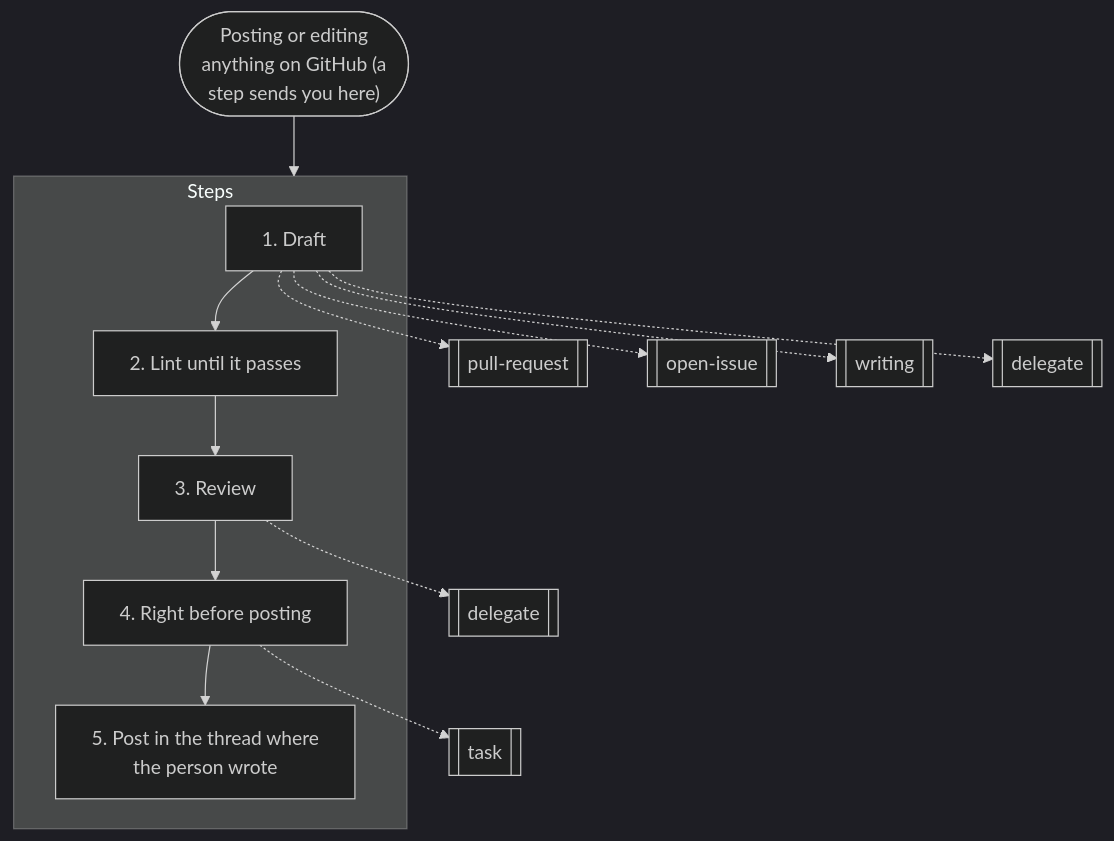
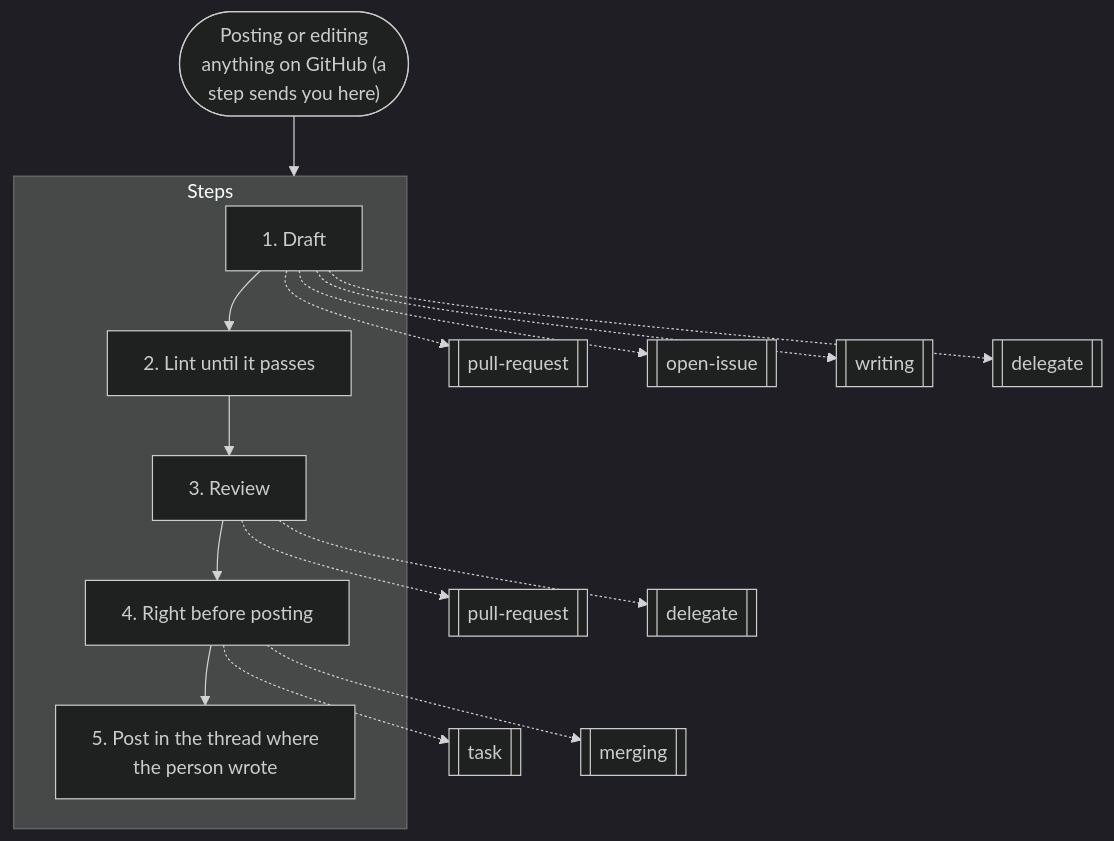
One commit to nitedani-agent/mergeworthy changed the tenth of 19 diagrams in docs/graphs.md. Above: the diagram before and after it, drawn with Mermaid (dark theme). The commit also changed other lines of this file and 22 other files, not shown here.

````diff
--- a/docs/graphs.md
+++ b/docs/graphs.md
@@ -261,22 +262,24 @@
 ```mermaid
 flowchart TB
   start(["Posting or editing<br/>anything on GitHub (a<br/>step sends you here)"])
   subgraph g0["Steps"]
     s0["1. Draft"]
     s1["2. Lint until it passes"]
     s0 --> s1
     s2["3. Review"]
     s1 --> s2
     s3["4. Right before posting"]
     s2 --> s3
     s4["5. Post in the thread where<br/>the person wrote"]
     s3 --> s4
   end
   s0 -.-> r1[["pull-request"]]
   s0 -.-> r2[["open-issue"]]
   s0 -.-> r3[["writing"]]
   s0 -.-> r4[["delegate"]]
-  s2 -.-> r5[["delegate"]]
-  s3 -.-> r6[["task"]]
+  s2 -.-> r5[["pull-request"]]
+  s2 -.-> r6[["delegate"]]
+  s3 -.-> r7[["task"]]
+  s3 -.-> r8[["merging"]]
   start --> g0
 ```
````
